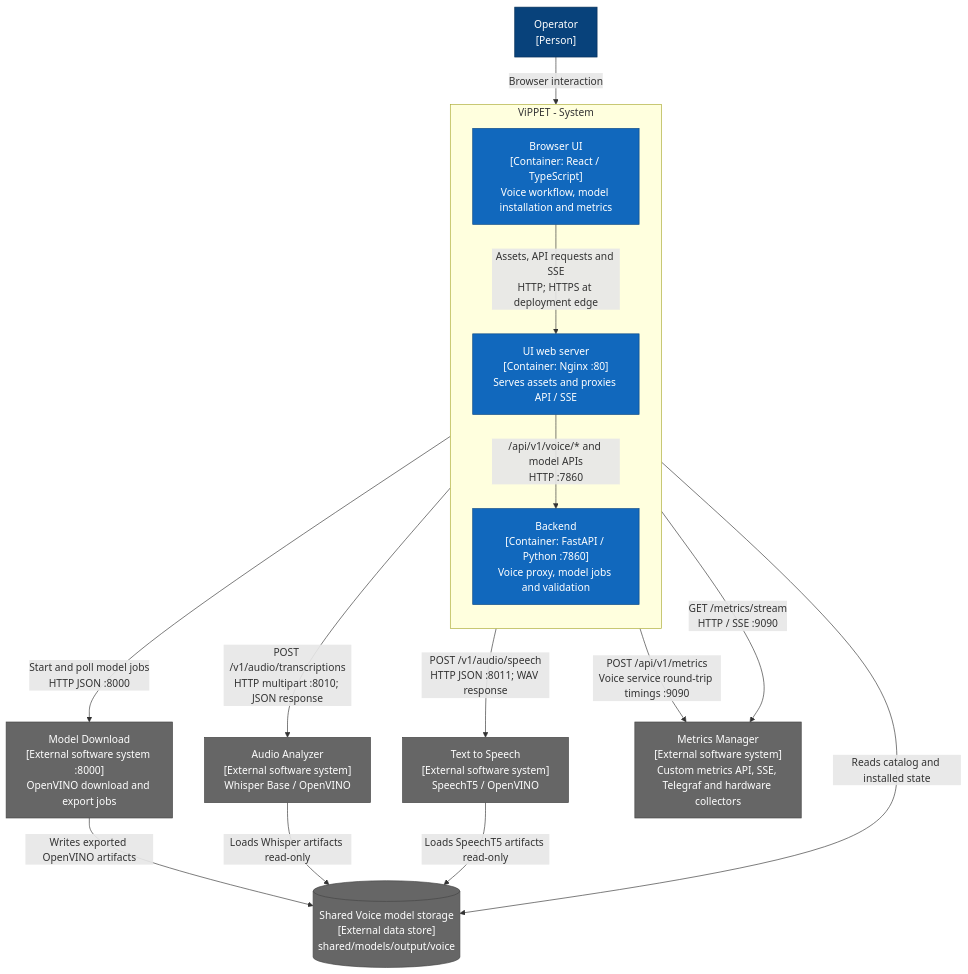
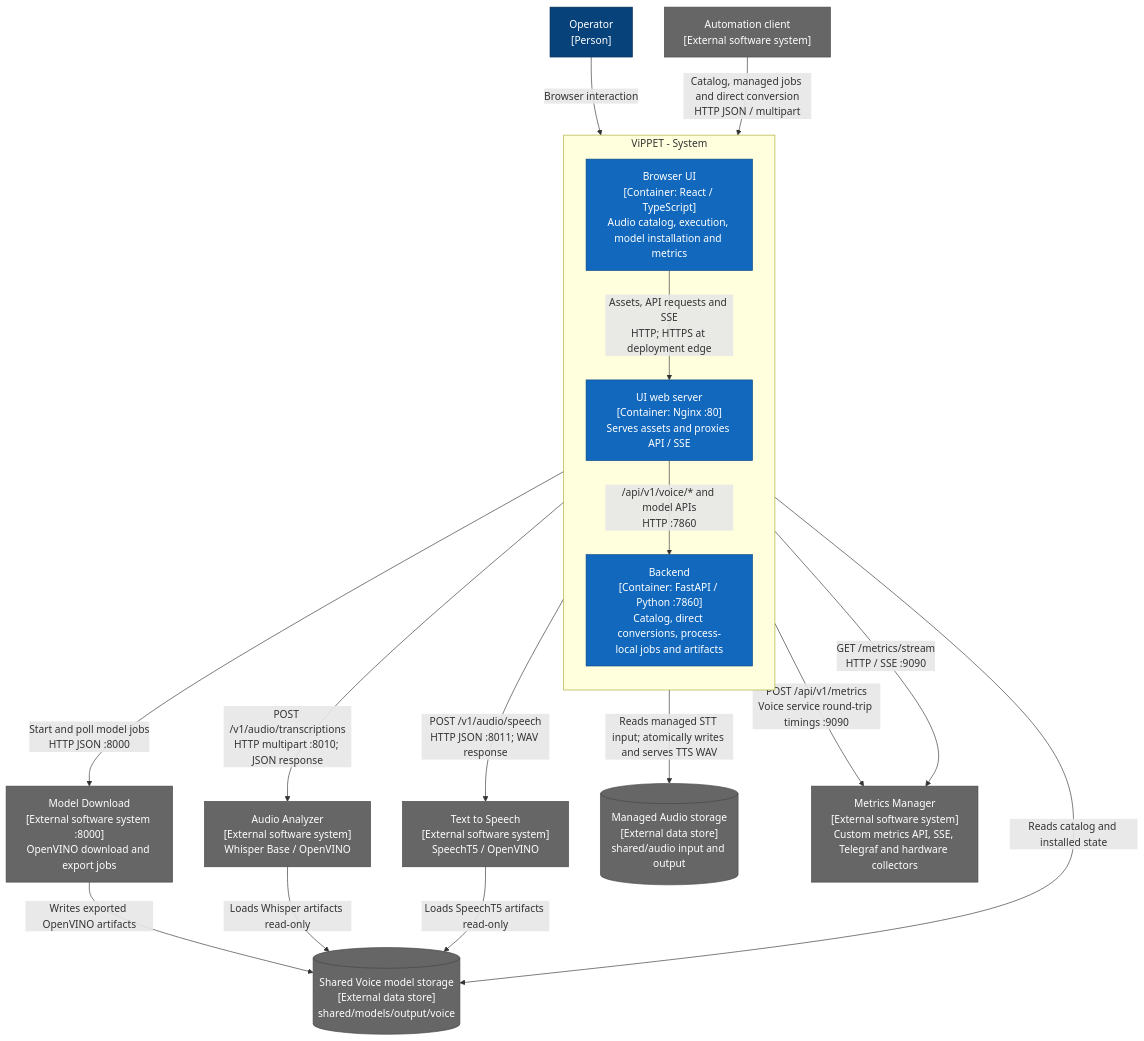
The second of 11 diagrams in tools/visual-pipeline-and-platform-evaluation-tool/docs/user-guide/developer-guide/voice-architecture.md (open-edge-platform/edge-ai-libraries), drawn with Mermaid before and after one commit. The commit also changed other lines of this file and 31 other files, not shown here.

````diff
--- a/tools/visual-pipeline-and-platform-evaluation-tool/docs/user-guide/developer-guide/voice-architecture.md
+++ b/tools/visual-pipeline-and-platform-evaluation-tool/docs/user-guide/developer-guide/voice-architecture.md
@@ -56,30 +60,34 @@
 ```mermaid
 flowchart TB
   operator["Operator<br/>[Person]"]:::person
+  automation["Automation client<br/>[External software system]"]:::external
   subgraph vippet[ViPPET - System]
     direction TB
-    spa["Browser UI<br/>[Container: React / TypeScript]<br/>Voice workflow, model installation and metrics"]:::internal
+    spa["Browser UI<br/>[Container: React / TypeScript]<br/>Audio catalog, execution, model installation and metrics"]:::internal
     web["UI web server<br/>[Container: Nginx :80]<br/>Serves assets and proxies API / SSE"]:::internal
-    api["Backend<br/>[Container: FastAPI / Python :7860]<br/>Voice proxy, model jobs and validation"]:::internal
+    api["Backend<br/>[Container: FastAPI / Python :7860]<br/>Catalog, direct conversions, process-local jobs and artifacts"]:::internal
     spa -->|"Assets, API requests and SSE<br/>HTTP; HTTPS at deployment edge"| web
     web -->|"/api/v1/voice/* and model APIs<br/>HTTP :7860"| api
   end
   asr["Audio Analyzer<br/>[External software system]<br/>Whisper Base / OpenVINO"]:::external
   tts["Text to Speech<br/>[External software system]<br/>SpeechT5 / OpenVINO"]:::external
   downloader["Model Download<br/>[External software system :8000]<br/>OpenVINO download and export jobs"]:::external
   modelstore[("Shared Voice model storage<br/>[External data store]<br/>shared/models/output/voice")]:::external
+  audiostore[("Managed Audio storage<br/>[External data store]<br/>shared/audio input and output")]:::external
   telemetry["Metrics Manager<br/>[External software system]<br/>Custom metrics API, SSE, Telegraf and hardware collectors"]:::external
   operator -->|Browser interaction| spa
+  automation -->|"Catalog, managed jobs and direct conversion<br/>HTTP JSON / multipart"| web
   api -->|"POST /v1/audio/transcriptions<br/>HTTP multipart :8010; JSON response"| asr
   api -->|"POST /v1/audio/speech<br/>HTTP JSON :8011; WAV response"| tts
   api -->|"Start and poll model jobs<br/>HTTP JSON :8000"| downloader
   api -->|"Reads catalog and installed state"| modelstore
+  api -->|"Reads managed STT input; atomically writes and serves TTS WAV"| audiostore
   downloader -->|"Writes exported OpenVINO artifacts"| modelstore
   asr -->|"Loads Whisper artifacts read-only"| modelstore
   tts -->|"Loads SpeechT5 artifacts read-only"| modelstore
   api -->|"POST /api/v1/metrics<br/>Voice service round-trip timings :9090"| telemetry
   web -->|"GET /metrics/stream<br/>HTTP / SSE :9090"| telemetry
   classDef person fill:#08427b,color:#fff,stroke:#052e56
   classDef internal fill:#1168bd,color:#fff,stroke:#0b4884
   classDef external fill:#666,color:#fff,stroke:#444
 ```
````
